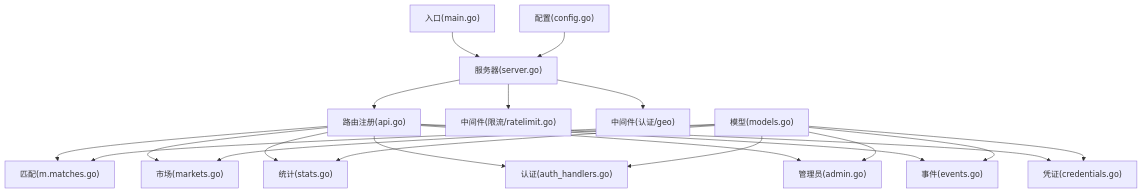
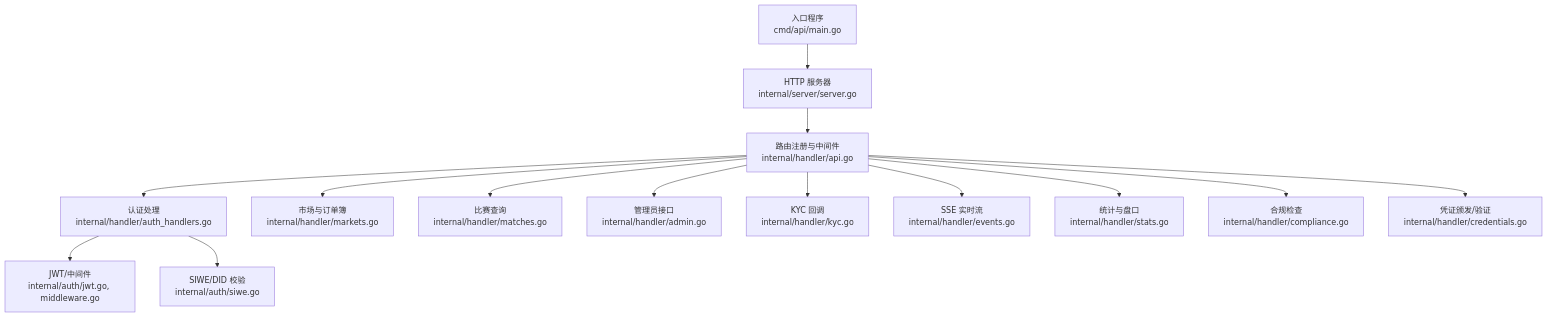
Before and after one commit to SimonHofman/PredictionDIDSimple: the first of 4 diagrams in backend/.qoder/repowiki/zh/content/API参考文档/API参考文档.md, drawn with Mermaid. The commit also changed other lines of this file and 162 other files, not shown here.

````diff
--- a/backend/.qoder/repowiki/zh/content/API参考文档/API参考文档.md
+++ b/backend/.qoder/repowiki/zh/content/API参考文档/API参考文档.md
@@ -40,22 +45,16 @@
 ```mermaid
 graph TB
-A["入口(main.go)"] --> B["服务器(server.go)"]
-B --> C["路由注册(api.go)"]
-C --> D["匹配(m.matches.go)"]
-C --> E["市场(markets.go)"]
-C --> F["统计(stats.go)"]
-C --> G["认证(auth_handlers.go)"]
-C --> H["管理员(admin.go)"]
-C --> I["事件(events.go)"]
-C --> J["凭证(credentials.go)"]
-B --> K["中间件(限流/ratelimit.go)"]
-B --> L["中间件(认证/geo)"]
-M["配置(config.go)"] --> B
-N["模型(models.go)"] --> D
-N --> E
-N --> F
-N --> G
-N --> H
-N --> I
-N --> J
+A["入口程序<br/>cmd/api/main.go"] --> B["HTTP 服务器<br/>internal/server/server.go"]
+B --> C["路由注册与中间件<br/>internal/handler/api.go"]
+C --> D["认证处理<br/>internal/handler/auth_handlers.go"]
+C --> E["市场与订单簿<br/>internal/handler/markets.go"]
+C --> F["比赛查询<br/>internal/handler/matches.go"]
+C --> G["管理员接口<br/>internal/handler/admin.go"]
+C --> H["KYC 回调<br/>internal/handler/kyc.go"]
+C --> I["SSE 实时流<br/>internal/handler/events.go"]
+C --> J["统计与盘口<br/>internal/handler/stats.go"]
+C --> K["合规检查<br/>internal/handler/compliance.go"]
+C --> L["凭证颁发/验证<br/>internal/handler/credentials.go"]
+D --> M["JWT/中间件<br/>internal/auth/jwt.go, middleware.go"]
+D --> N["SIWE/DID 校验<br/>internal/auth/siwe.go"]
 ```
````
